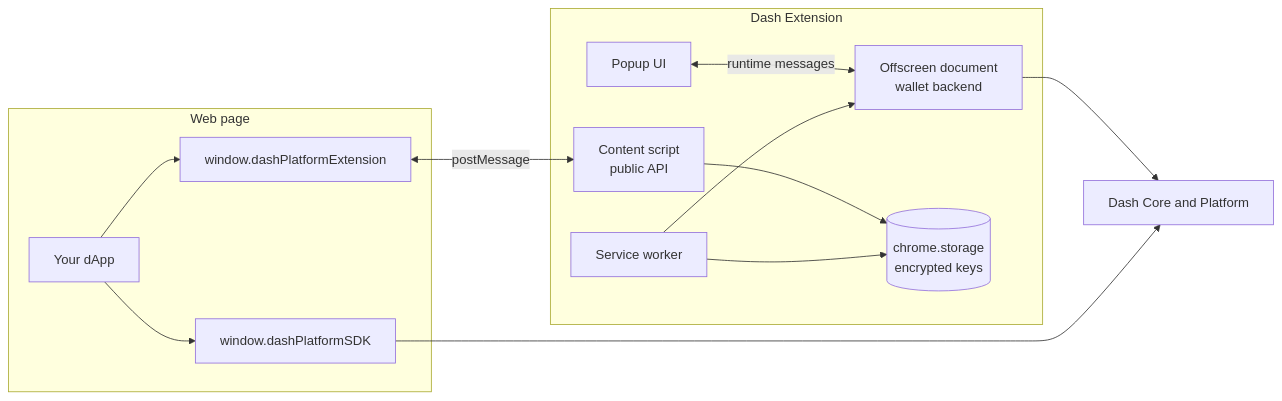
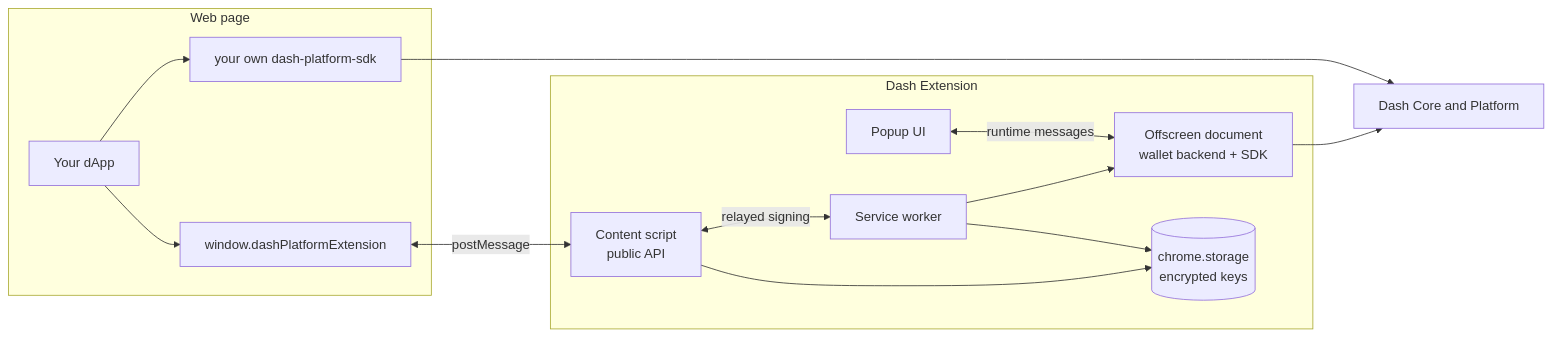
Before and after one commit to pshenmic/dash-platform-extension: the diagram in README.md, drawn with Mermaid. The commit also changed other lines of this file and 25 other files, not shown here.

````diff
--- a/README.md
+++ b/README.md
@@ -152,28 +162,29 @@
 ```mermaid
 flowchart LR
     subgraph Page["Web page"]
         App["Your dApp"]
+        SDK["your own dash-platform-sdk"]
         Signer["window.dashPlatformExtension"]
-        SDK["window.dashPlatformSDK"]
     end
 
     subgraph Extension["Dash Extension"]
         CS["Content script<br>public API"]
         Popup["Popup UI"]
         SW["Service worker"]
-        Backend["Offscreen document<br>wallet backend"]
+        Backend["Offscreen document<br>wallet backend + SDK"]
         Storage[("chrome.storage<br>encrypted keys")]
     end
 
     Net["Dash Core and Platform"]
 
+    App --> SDK
     App --> Signer
-    App --> SDK
     Signer <-- "postMessage" --> CS
+    CS <-- "relayed signing" --> SW
+    SW --> Backend
     CS --> Storage
     Popup <-- "runtime messages" --> Backend
-    SW --> Backend
     SW --> Storage
     Backend --> Net
     SDK --> Net
 ```
````
